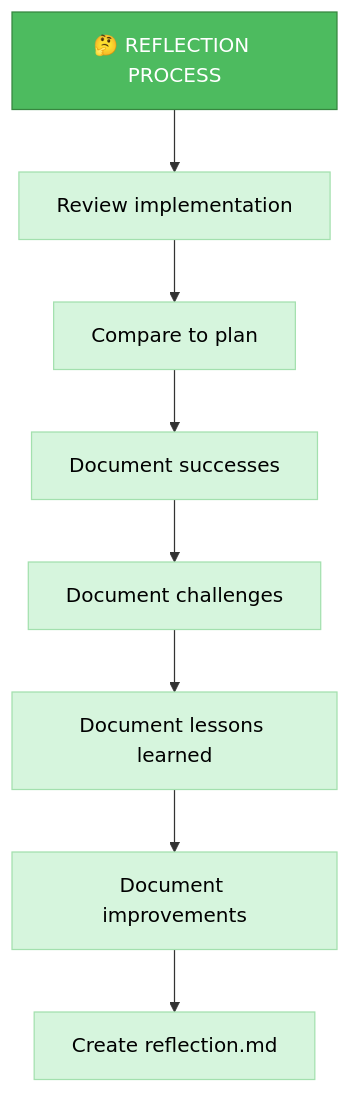
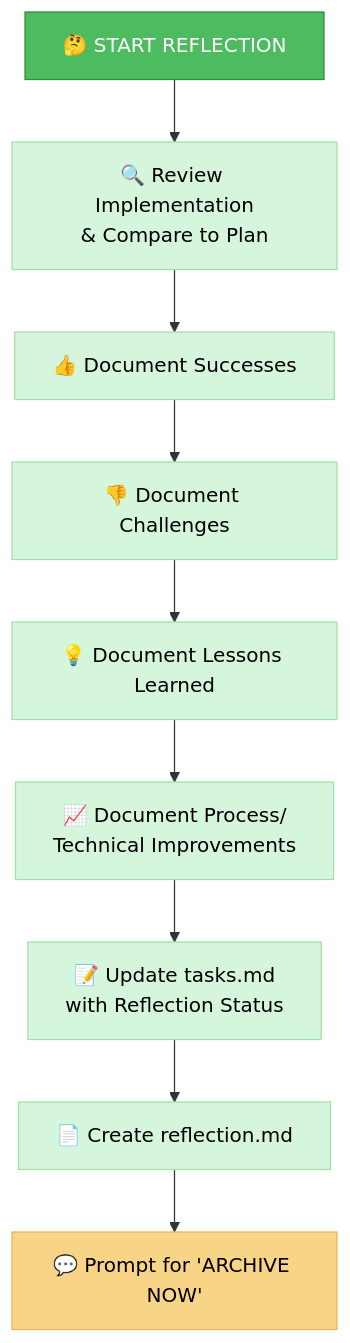
Before and after one commit to 7Spade/cursor-memory-bank: the second of 3 diagrams in .cursor/rules/isolation_rules/Modes/reflect-archive-mode-detailed.mdc, drawn with Mermaid. The commit also changed other lines of this file and 7 other files, not shown here.

````diff
--- a/.cursor/rules/isolation_rules/Modes/reflect-archive-mode-detailed.mdc
+++ b/.cursor/rules/isolation_rules/Modes/reflect-archive-mode-detailed.mdc
@@ -165,19 +120,21 @@
 ```mermaid
 graph TD
-    Reflect["🤔 REFLECTION PROCESS"] --> Review["Review implementation"]
-    Review --> Compare["Compare to plan"]
-    Compare --> Success["Document successes"]
-    Success --> Challenges["Document challenges"]
-    Challenges --> Lessons["Document lessons learned"]
-    Lessons --> Improvements["Document improvements"]
-    Improvements --> Create["Create reflection.md"]
-    
-    style Reflect fill:#4dbb5f,stroke:#36873f,color:white
+    ReflectStart["🤔 START REFLECTION"] --> Review["🔍 Review Implementation<br>& Compare to Plan"]
+    Review --> Success["👍 Document Successes"]
+    Success --> Challenges["👎 Document Challenges"]
+    Challenges --> Lessons["💡 Document Lessons Learned"]
+    Lessons --> Improvements["📈 Document Process/<br>Technical Improvements"]
+    Improvements --> UpdateTasks["📝 Update tasks.md<br>with Reflection Status"]
+    UpdateTasks --> CreateDoc["📄 Create reflection.md"]
+    CreateDoc --> Prompt["💬 Prompt for 'ARCHIVE NOW'"]
+
+    style ReflectStart fill:#4dbb5f,stroke:#36873f,color:white
     style Review fill:#d6f5dd,stroke:#a3e0ae,color:black
-    style Compare fill:#d6f5dd,stroke:#a3e0ae,color:black
     style Success fill:#d6f5dd,stroke:#a3e0ae,color:black
     style Challenges fill:#d6f5dd,stroke:#a3e0ae,color:black
     style Lessons fill:#d6f5dd,stroke:#a3e0ae,color:black
     style Improvements fill:#d6f5dd,stroke:#a3e0ae,color:black
-    style Create fill:#d6f5dd,stroke:#a3e0ae,color:black
+    style UpdateTasks fill:#d6f5dd,stroke:#a3e0ae,color:black
+    style CreateDoc fill:#d6f5dd,stroke:#a3e0ae,color:black
+    style Prompt fill:#f8d486,stroke:#e8b84d,color:black
 ```
````
